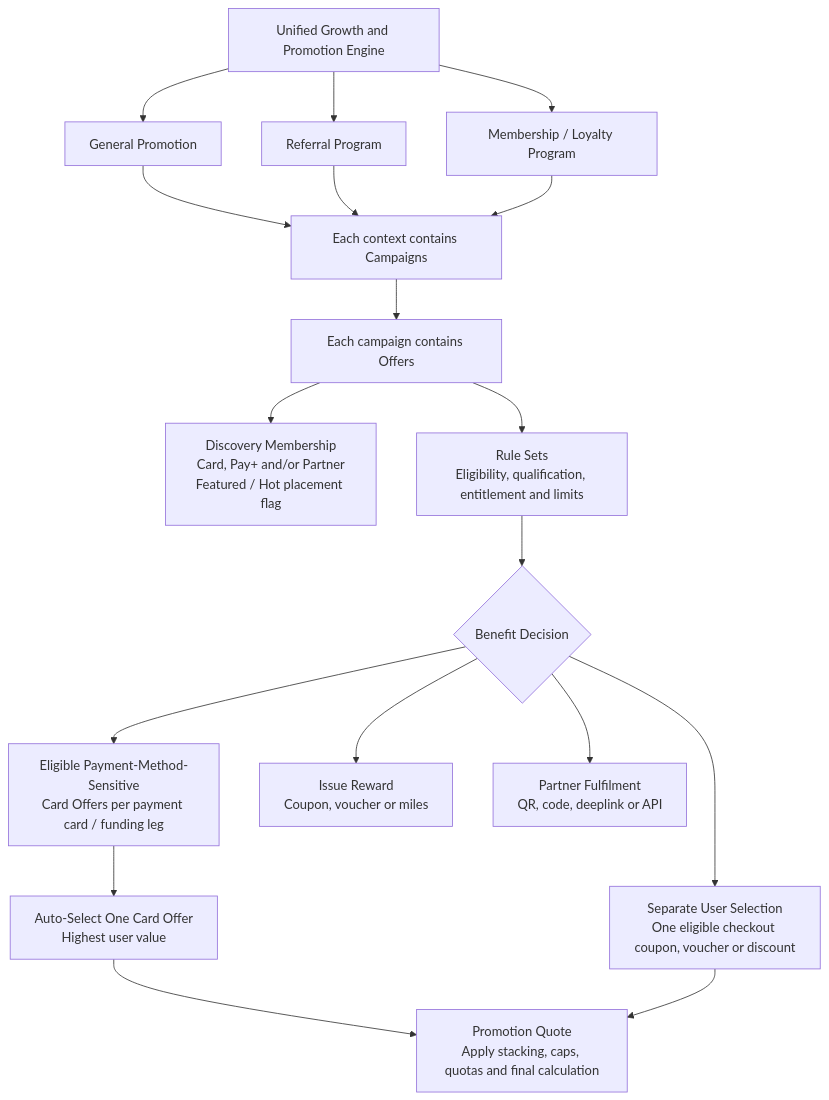
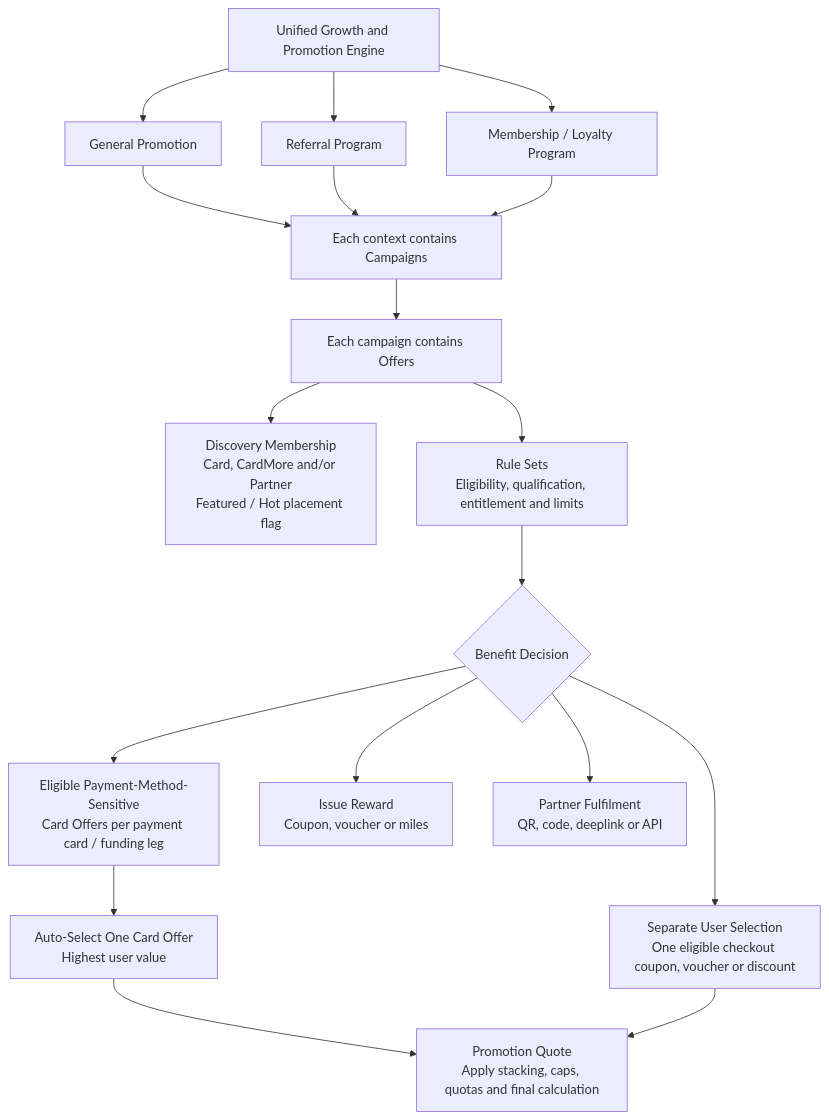
Before and after one commit to adminpayplus/payplus-docs: the diagram in docs/diagrams/payplus-promotion-engine-structure.md, drawn with Mermaid. The commit also changed other lines of this file and 66 other files, not shown here.

Commit message:
docs: adopt CardMore naming and align documentation principles

````diff
--- a/docs/diagrams/payplus-promotion-engine-structure.md
+++ b/docs/diagrams/payplus-promotion-engine-structure.md
@@ -11,42 +12,42 @@
 ```mermaid
 flowchart TD
     ENGINE["Unified Growth and Promotion Engine"]
 
     GENERAL["General Promotion"]
     REFERRAL["Referral Program"]
     MEMBERSHIP["Membership / Loyalty Program"]
 
     CAMPAIGNS["Each context contains Campaigns"]
     OFFERS["Each campaign contains Offers"]
-    COLLECTIONS["Discovery Membership<br/>Card, Pay+ and/or Partner<br/>Featured / Hot placement flag"]
+    COLLECTIONS["Discovery Membership<br/>Card, CardMore and/or Partner<br/>Featured / Hot placement flag"]
     RULES["Rule Sets<br/>Eligibility, qualification, entitlement and limits"]
     DECISION{"Benefit Decision"}
 
     CARD_CANDIDATES["Eligible Payment-Method-Sensitive<br/>Card Offers per payment card / funding leg"]
     BEST_CARD["Auto-Select One Card Offer<br/>Highest user value"]
     USER_INSTRUMENT["Separate User Selection<br/>One eligible checkout coupon, voucher or discount"]
     CHECKOUT["Promotion Quote<br/>Apply stacking, caps, quotas and final calculation"]
     REWARD["Issue Reward<br/>Coupon, voucher or miles"]
     PARTNER["Partner Fulfilment<br/>QR, code, deeplink or API"]
 
     ENGINE --> GENERAL
     ENGINE --> REFERRAL
     ENGINE --> MEMBERSHIP
 
     GENERAL --> CAMPAIGNS
     REFERRAL --> CAMPAIGNS
     MEMBERSHIP --> CAMPAIGNS
 
     CAMPAIGNS --> OFFERS
     OFFERS --> COLLECTIONS
     OFFERS --> RULES
     RULES --> DECISION
 
     DECISION --> CARD_CANDIDATES
     CARD_CANDIDATES --> BEST_CARD
     BEST_CARD --> CHECKOUT
     DECISION --> USER_INSTRUMENT
     USER_INSTRUMENT --> CHECKOUT
     DECISION --> REWARD
     DECISION --> PARTNER
 ```
````
